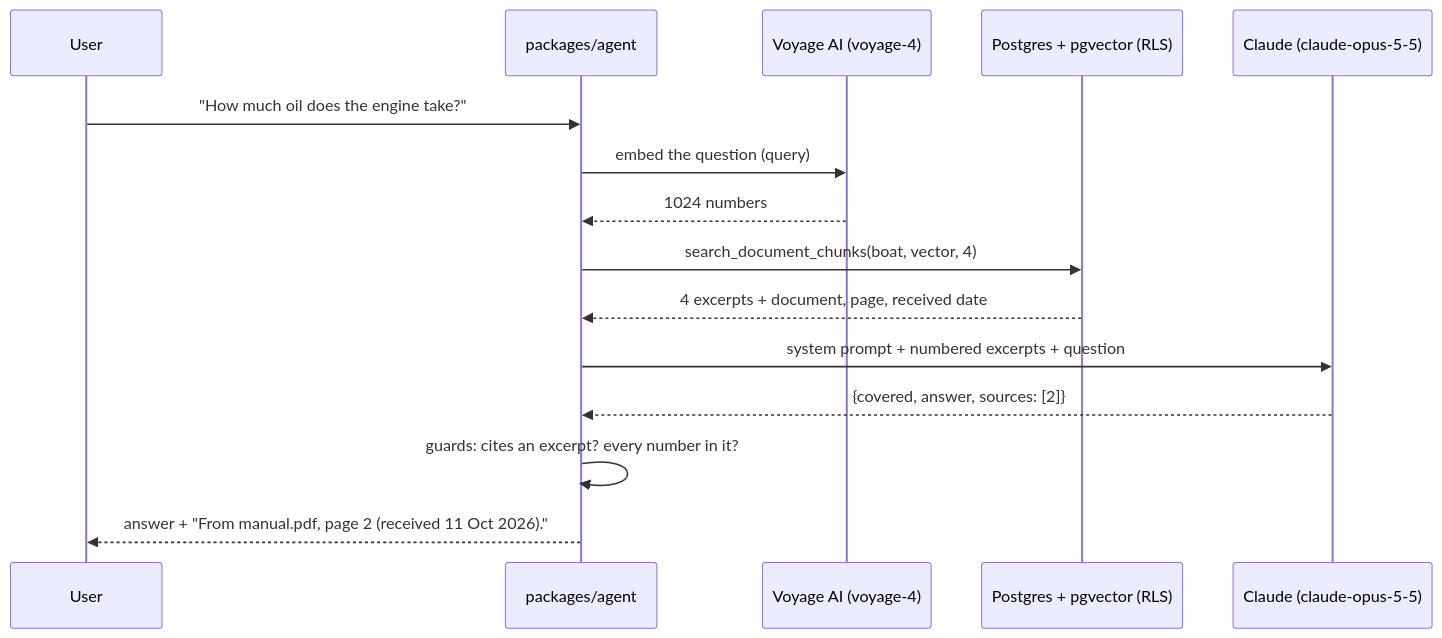
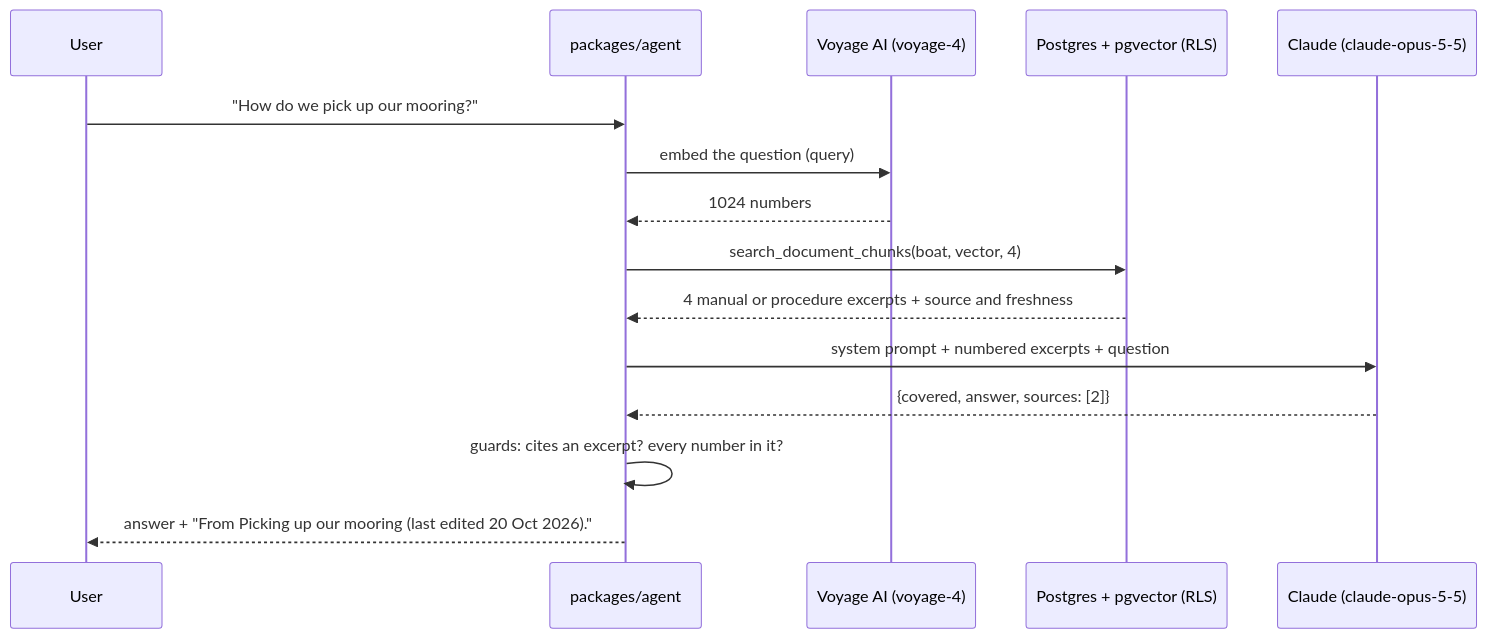
Before and after one commit to heynewton/newton: the second of 6 diagrams in docs/architecture.md, drawn with Mermaid. The commit also changed other lines of this file and 32 other files, not shown here.

````diff
--- a/docs/architecture.md
+++ b/docs/architecture.md
@@ -108,18 +108,18 @@
 ```mermaid
 sequenceDiagram
   participant User
   participant Agent as packages/agent
   participant Voyage as Voyage AI (voyage-4)
   participant DB as Postgres + pgvector (RLS)
   participant Claude as Claude (claude-opus-5-5)
 
-  User->>Agent: "How much oil does the engine take?"
+  User->>Agent: "How do we pick up our mooring?"
   Agent->>Voyage: embed the question (query)
   Voyage-->>Agent: 1024 numbers
   Agent->>DB: search_document_chunks(boat, vector, 4)
-  DB-->>Agent: 4 excerpts + document, page, received date
+  DB-->>Agent: 4 manual or procedure excerpts + source and freshness
   Agent->>Claude: system prompt + numbered excerpts + question
   Claude-->>Agent: {covered, answer, sources: [2]}
   Agent->>Agent: guards: cites an excerpt? every number in it?
-  Agent-->>User: answer + "From manual.pdf, page 2 (received 11 Oct 2026)."
+  Agent-->>User: answer + "From Picking up our mooring (last edited 20 Oct 2026)."
 ```
````
